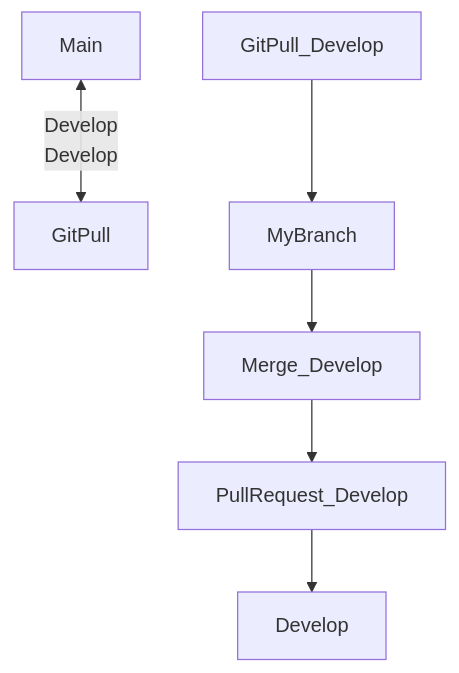
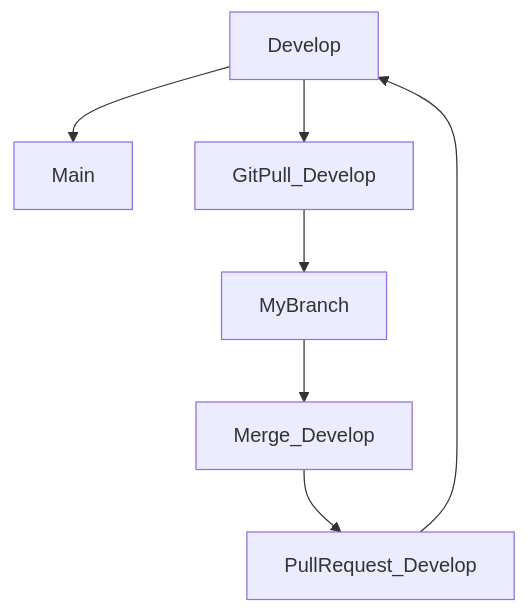
Before and after one commit to TheNefelin/BootcApp: the first of 2 diagrams in README.md, drawn with Mermaid. The commit also changed other lines of this file and 1 other file, not shown here.

````diff
--- a/README.md
+++ b/README.md
@@ -13,9 +13,10 @@
 ```mermaid
 graph TD;
-    Main <-- Develop
-    Develop --> GitPull 
+    Main
+    Develop --> GitPull_Develop 
     GitPull_Develop --> MyBranch
     MyBranch --> Merge_Develop
     Merge_Develop --> PullRequest_Develop
-    PullRequest_Develop --> Develop;
+    PullRequest_Develop --> Develop
+    Develop --> Main;
 ```
````
